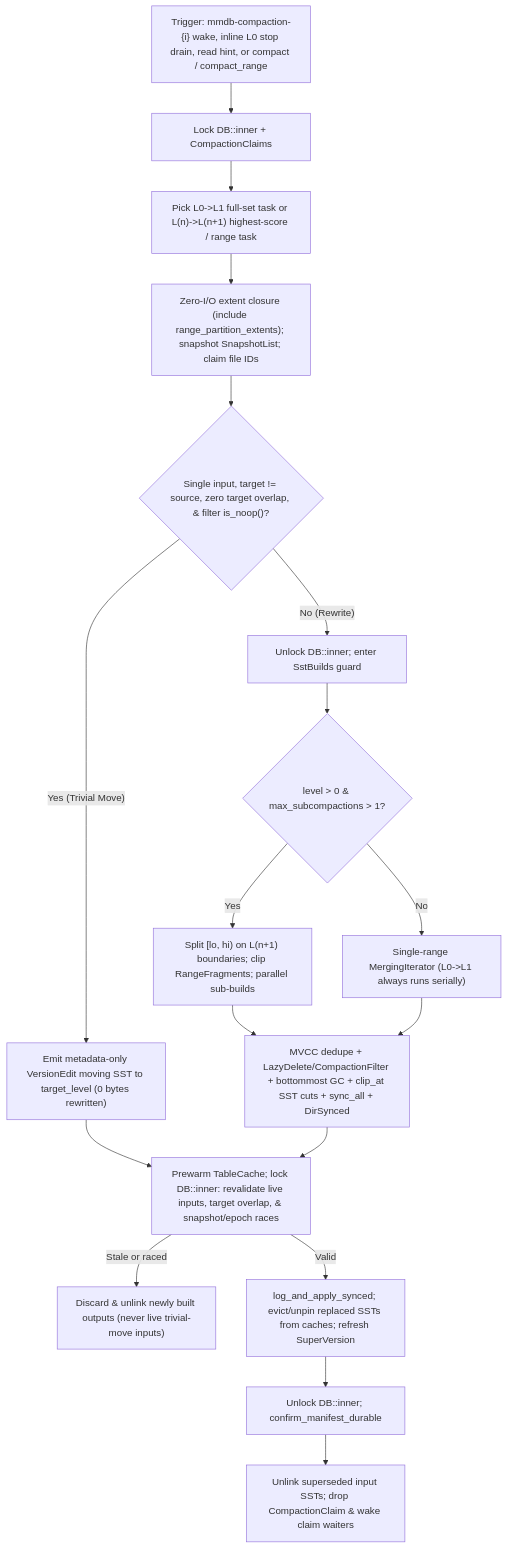
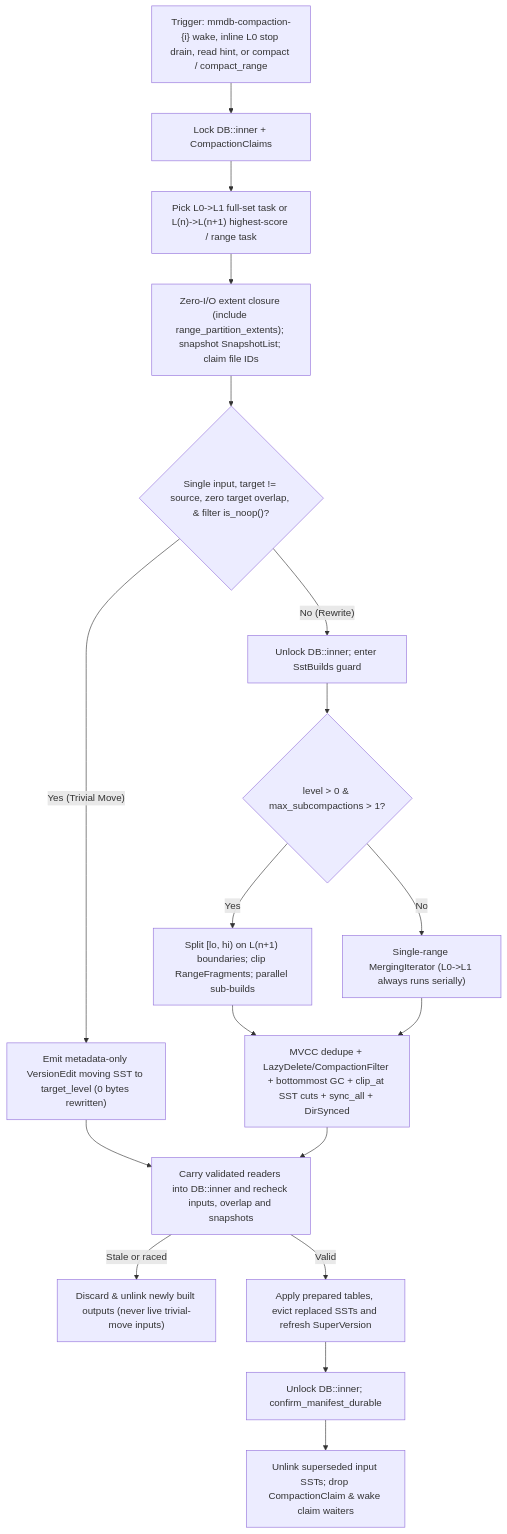
One commit to rust-util-collections/mmdb changed the fourth of 9 diagrams in docs/architecture.md. Above: the diagram before and after it, drawn with Mermaid. The commit also changed other lines of this file and 7 other files, not shown here.

First line of the commit message:
fix(manifest): carry validated SST readers through installation

````diff
--- a/docs/architecture.md
+++ b/docs/architecture.md
@@ -289,23 +289,23 @@
 ```mermaid
 flowchart TD
     C1["Trigger: mmdb-compaction-{i} wake, inline L0 stop drain, read hint, or compact / compact_range"] --> C2["Lock DB::inner + CompactionClaims"]
     C2 --> C3["Pick L0->L1 full-set task or L(n)->L(n+1) highest-score / range task"]
     C3 --> C4["Zero-I/O extent closure (include range_partition_extents); snapshot SnapshotList; claim file IDs"]
     C4 --> C5{"Single input, target != source, zero target overlap, & filter is_noop()?"}
 
     C5 -- "Yes (Trivial Move)" --> TM["Emit metadata-only VersionEdit moving SST to target_level (0 bytes rewritten)"]
     TM --> C9
 
     C5 -- "No (Rewrite)" --> C6["Unlock DB::inner; enter SstBuilds guard"]
     C6 --> C7{"level > 0 & max_subcompactions > 1?"}
     C7 -- "Yes" --> SUB["Split [lo, hi) on L(n+1) boundaries; clip RangeFragments; parallel sub-builds"]
     C7 -- "No" --> SER["Single-range MergingIterator (L0->L1 always runs serially)"]
     SUB --> C8
     SER --> C8["MVCC dedupe + LazyDelete/CompactionFilter + bottommost GC + clip_at SST cuts + sync_all + DirSynced"]
 
-    C8 --> C9["Prewarm TableCache; lock DB::inner: revalidate live inputs, target overlap, & snapshot/epoch races"]
+    C8 --> C9["Carry validated readers into DB::inner and recheck inputs, overlap and snapshots"]
     C9 -- "Stale or raced" --> CDISC["Discard & unlink newly built outputs (never live trivial-move inputs)"]
-    C9 -- "Valid" --> C10["log_and_apply_synced; evict/unpin replaced SSTs from caches; refresh SuperVersion"]
+    C9 -- "Valid" --> C10["Apply prepared tables, evict replaced SSTs and refresh SuperVersion"]
     C10 --> C11["Unlock DB::inner; confirm_manifest_durable"]
     C11 --> C12["Unlink superseded input SSTs; drop CompactionClaim & wake claim waiters"]
 ```
````
